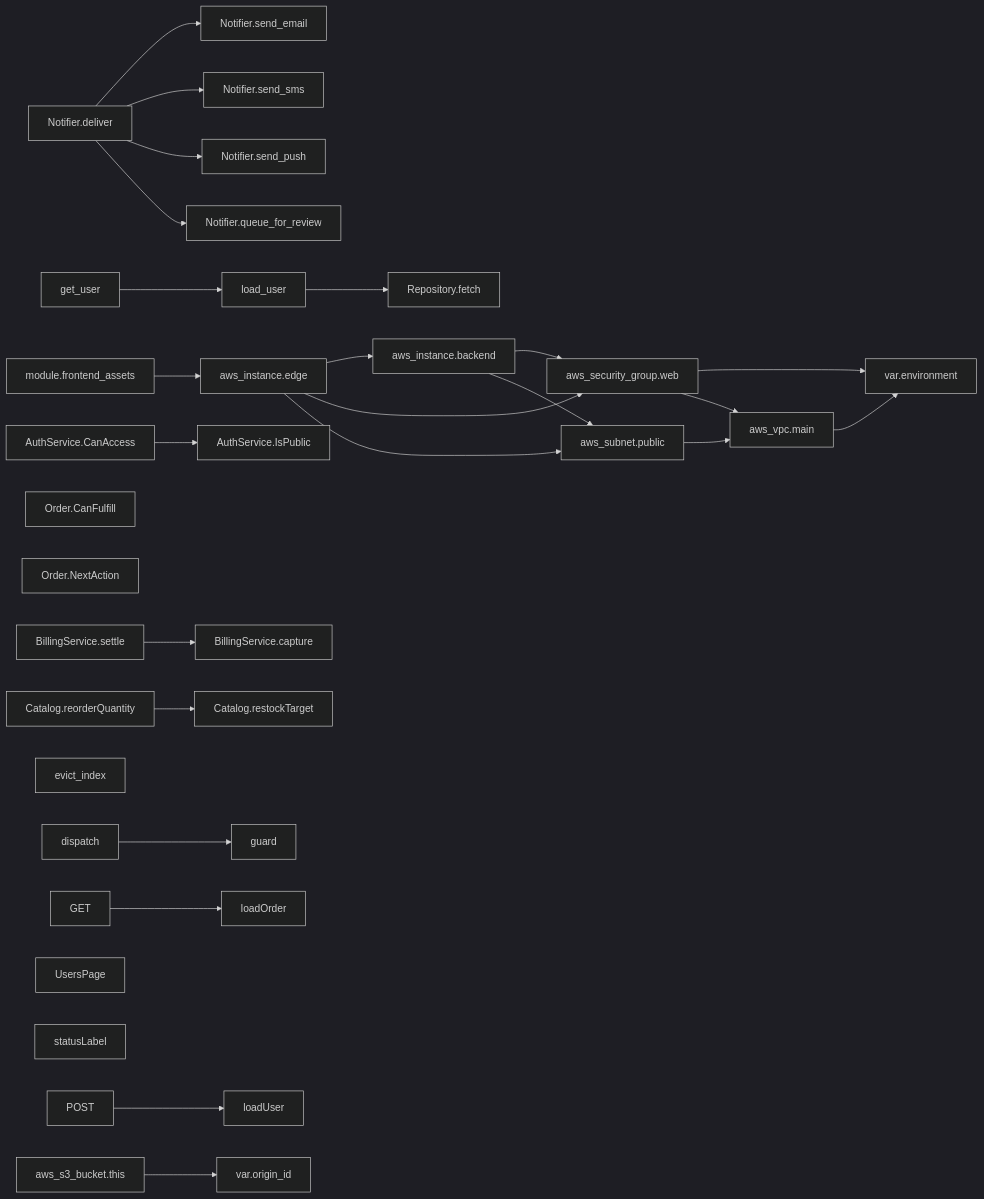
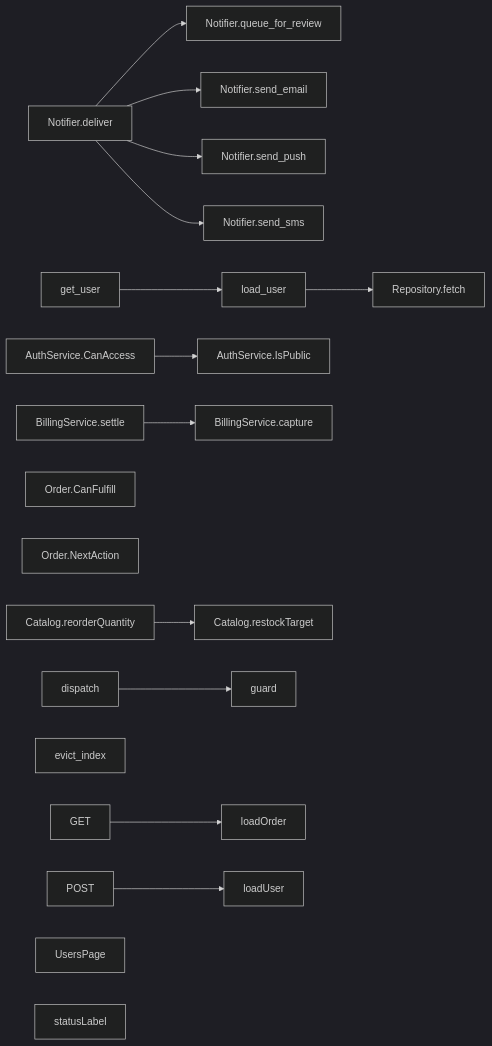
Before and after one commit to ferdinandobons/CodeDebrief: the first of 26 diagrams in examples/demo/logicchart-out/logic-flow.md, drawn with Mermaid (dark theme). The commit also changed other lines of this file and 21 other files, not shown here.

````diff
--- a/examples/demo/logicchart-out/logic-flow.md
+++ b/examples/demo/logicchart-out/logic-flow.md
@@ -14,60 +14,40 @@
 ```mermaid
 flowchart LR
   mflow_b226bde59bf18f8f["AuthService.CanAccess"]
   mflow_a089159bd40801b9["BillingService.settle"]
   mflow_b702de640dfbab12["Catalog.reorderQuantity"]
   mflow_361a56fe0ff06af0["Notifier.deliver"]
   mflow_132416d127f7fc0d["Notifier.queue_for_review"]
   mflow_a6f2cf6897eab6f4["Notifier.send_email"]
   mflow_c093a998648019e9["Notifier.send_push"]
   mflow_15929a604b30aadf["Notifier.send_sms"]
   mflow_38ef9d2c42d7f7ea["Order.CanFulfill"]
   mflow_7def16576d7663e7["Order.NextAction"]
   mflow_9006888be936bd6a["get_user"]
   mflow_c1c375870125b695["load_user"]
   mflow_081d78e37a773634["dispatch"]
   mflow_88c2580fdbcaad79["evict_index"]
   mflow_e59a7853839b21f0["GET"]
   mflow_3de3eacd67f96e64["POST"]
   mflow_3d6bdb52c57fafa8["UsersPage"]
   mflow_8a4924a1be17b42e["statusLabel"]
-  mflow_bad14c2738f04ca9["aws_s3_bucket.this"]
-  mflow_7f204fddfcb641a8["aws_instance.backend"]
-  mflow_81803ba5995ddbb9["aws_instance.edge"]
-  mflow_909e0d00dc6439cd["aws_security_group.web"]
-  mflow_f1099c033c0bc7f4["aws_subnet.public"]
-  mflow_950b4629bb27de5e["aws_vpc.main"]
-  mflow_946f8fabc660a175["module.frontend_assets"]
   mflow_11f1f62f87562179["AuthService.IsPublic"]
   mflow_b226bde59bf18f8f --> mflow_11f1f62f87562179
   mflow_a4e4a0d7d38cc4fa["BillingService.capture"]
   mflow_a089159bd40801b9 --> mflow_a4e4a0d7d38cc4fa
   mflow_f98e4c798beecd3f["Catalog.restockTarget"]
   mflow_b702de640dfbab12 --> mflow_f98e4c798beecd3f
   mflow_361a56fe0ff06af0 --> mflow_a6f2cf6897eab6f4
   mflow_361a56fe0ff06af0 --> mflow_15929a604b30aadf
   mflow_361a56fe0ff06af0 --> mflow_c093a998648019e9
   mflow_361a56fe0ff06af0 --> mflow_132416d127f7fc0d
   mflow_9006888be936bd6a --> mflow_c1c375870125b695
   mflow_eef1d33de2175dfc["Repository.fetch"]
   mflow_c1c375870125b695 --> mflow_eef1d33de2175dfc
   mflow_993bb9d5d0bf4b6e["guard"]
   mflow_081d78e37a773634 --> mflow_993bb9d5d0bf4b6e
   mflow_b702e4be67436003["loadOrder"]
   mflow_e59a7853839b21f0 --> mflow_b702e4be67436003
   mflow_b79df7006d56acea["loadUser"]
   mflow_3de3eacd67f96e64 --> mflow_b79df7006d56acea
-  mflow_7a2b770d4a370ca6["var.origin_id"]
-  mflow_bad14c2738f04ca9 --> mflow_7a2b770d4a370ca6
-  mflow_7f204fddfcb641a8 --> mflow_909e0d00dc6439cd
-  mflow_7f204fddfcb641a8 --> mflow_f1099c033c0bc7f4
-  mflow_81803ba5995ddbb9 --> mflow_7f204fddfcb641a8
-  mflow_81803ba5995ddbb9 --> mflow_909e0d00dc6439cd
-  mflow_81803ba5995ddbb9 --> mflow_f1099c033c0bc7f4
-  mflow_7867b06611a29910["var.environment"]
-  mflow_909e0d00dc6439cd --> mflow_7867b06611a29910
-  mflow_909e0d00dc6439cd --> mflow_950b4629bb27de5e
-  mflow_f1099c033c0bc7f4 --> mflow_950b4629bb27de5e
-  mflow_950b4629bb27de5e --> mflow_7867b06611a29910
-  mflow_946f8fabc660a175 --> mflow_81803ba5995ddbb9
 ```
````
